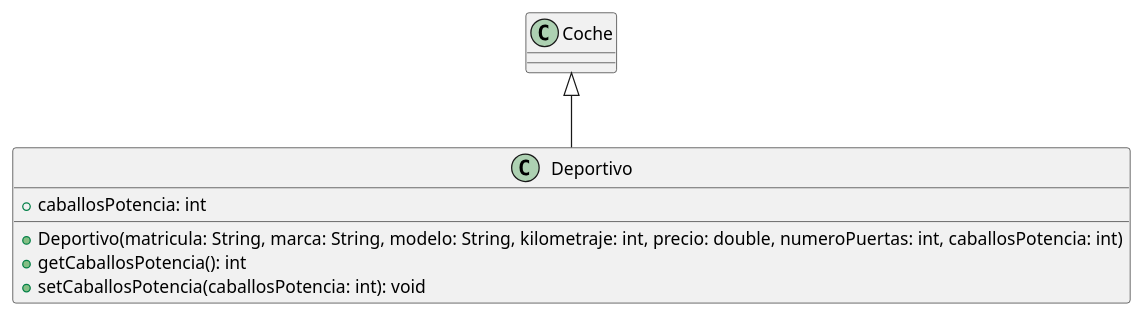
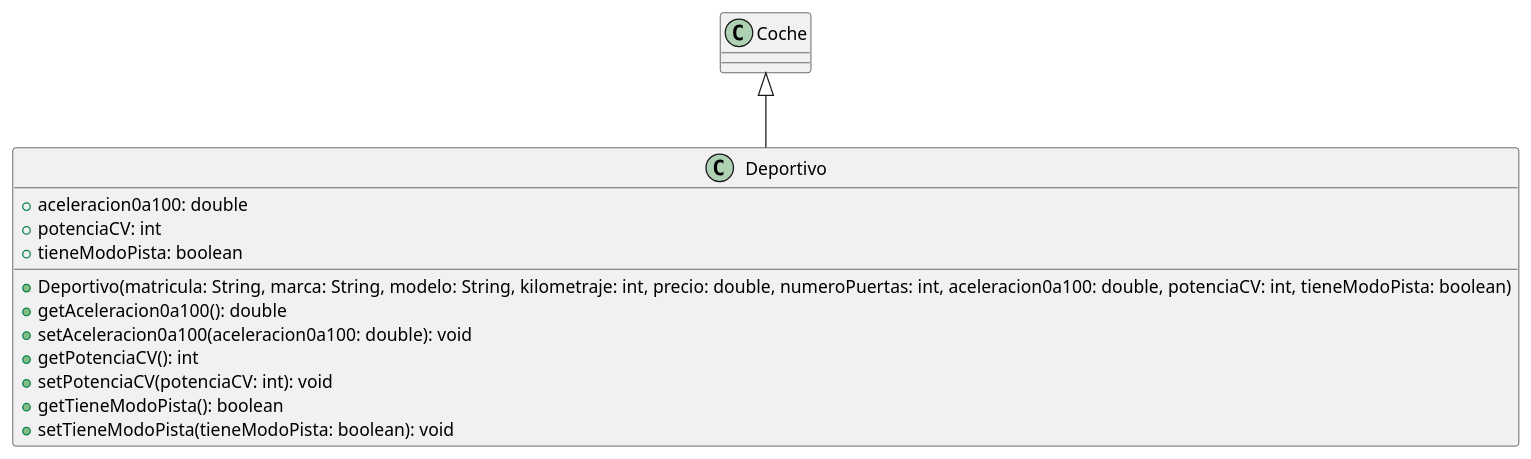
One commit to crobles98/UT5_ED_Prog changed the diagram in uml/Deportivo.puml. Above: the diagram before and after it, drawn with PlantUML.

Commit message:
Corregir atributos y constructor

```diff
--- a/uml/Deportivo.puml
+++ b/uml/Deportivo.puml
@@ -1,8 +1,14 @@
 @startuml
 class Deportivo extends Coche {
-  + caballosPotencia: int
-  + Deportivo(matricula: String, marca: String, modelo: String, kilometraje: int, precio: double, numeroPuertas: int, caballosPotencia: int)
-  + getCaballosPotencia(): int
-  + setCaballosPotencia(caballosPotencia: int): void
+  + aceleracion0a100: double
+  + potenciaCV: int
+  + tieneModoPista: boolean
+  + Deportivo(matricula: String, marca: String, modelo: String, kilometraje: int, precio: double, numeroPuertas: int, aceleracion0a100: double, potenciaCV: int, tieneModoPista: boolean)
+  + getAceleracion0a100(): double
+  + setAceleracion0a100(aceleracion0a100: double): void
+  + getPotenciaCV(): int
+  + setPotenciaCV(potenciaCV: int): void
+  + getTieneModoPista(): boolean
+  + setTieneModoPista(tieneModoPista: boolean): void
 }
 @enduml
```
